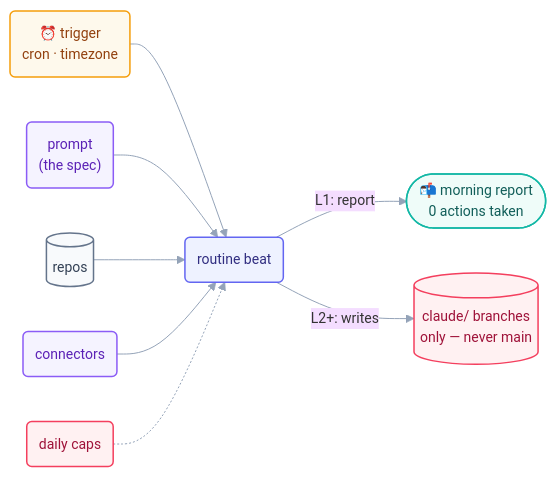
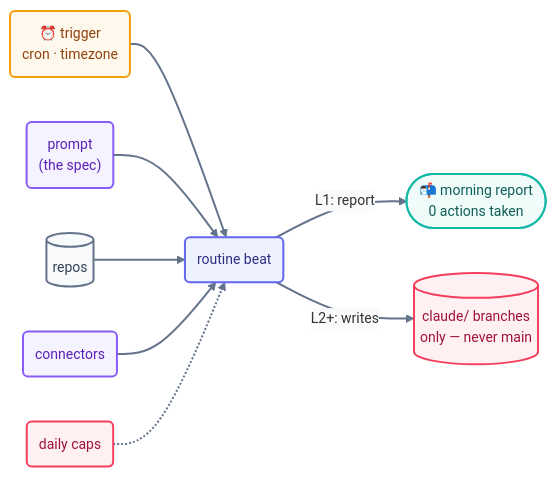
One commit to ayeshakhalid192007-dev/LoopEngineering-CrashCourse changed the diagram in docs/04-part-2-heartbeat/06-unattended-schedules.md. Above: the diagram before and after it, drawn with Mermaid. The commit also changed 66 other files, not shown here.

First line of the commit message:
docs(diagrams): bolden and unify all 70 mermaid diagrams

````diff
--- a/docs/04-part-2-heartbeat/06-unattended-schedules.md
+++ b/docs/04-part-2-heartbeat/06-unattended-schedules.md
@@ -35,17 +35,18 @@
 ```mermaid
-%%{init: {'theme':'base','themeVariables':{'fontFamily':'ui-sans-serif, system-ui, sans-serif','fontSize':'14px','lineColor':'#94a3b8'},'flowchart':{'curve':'basis','nodeSpacing':45,'rankSpacing':55,'padding':12}}}%%
+%%{init: {'theme':'base','themeVariables':{'fontFamily':'ui-sans-serif, system-ui, sans-serif','fontSize':'14px','lineColor':'#64748b','edgeLabelBackground':'#f8fafc'},'flowchart':{'curve':'basis','nodeSpacing':45,'rankSpacing':55,'padding':12}}}%%
 flowchart LR
     TR("⏰ trigger<br/>cron · timezone"):::time --> RT("routine beat"):::beat
     P("prompt<br/>(the spec)"):::cfg --> RT
     R[("repos")]:::file --> RT
     C("connectors"):::cfg --> RT
     RT -->|"L1: report"| OUT(["📬 morning report<br/>0 actions taken"]):::win
     RT -->|"L2+: writes"| BR[("claude/ branches<br/>only — never main")]:::limit
     CAP("daily caps"):::limit -.-> RT
-    classDef time fill:#fef9ec,stroke:#f59e0b,stroke-width:1.5px,color:#92400e;
-    classDef beat fill:#eef2ff,stroke:#6366f1,stroke-width:1.5px,color:#312e81;
-    classDef cfg fill:#f5f3ff,stroke:#8b5cf6,stroke-width:1.5px,color:#5b21b6;
-    classDef file fill:#f8fafc,stroke:#64748b,stroke-width:1.5px,color:#334155;
-    classDef limit fill:#fff1f2,stroke:#f43f5e,stroke-width:1.5px,color:#9f1239;
-    classDef win fill:#effcf9,stroke:#14b8a6,stroke-width:1.5px,color:#115e59;
+    linkStyle default stroke:#64748b,stroke-width:2px;
+    classDef time fill:#fef9ec,stroke:#f59e0b,stroke-width:2px,color:#92400e;
+    classDef beat fill:#eef2ff,stroke:#6366f1,stroke-width:2px,color:#312e81;
+    classDef cfg fill:#f5f3ff,stroke:#8b5cf6,stroke-width:2px,color:#5b21b6;
+    classDef file fill:#f8fafc,stroke:#64748b,stroke-width:2px,color:#334155;
+    classDef limit fill:#fff1f2,stroke:#f43f5e,stroke-width:2px,color:#9f1239;
+    classDef win fill:#effcf9,stroke:#14b8a6,stroke-width:2px,color:#115e59;
 ```
````
